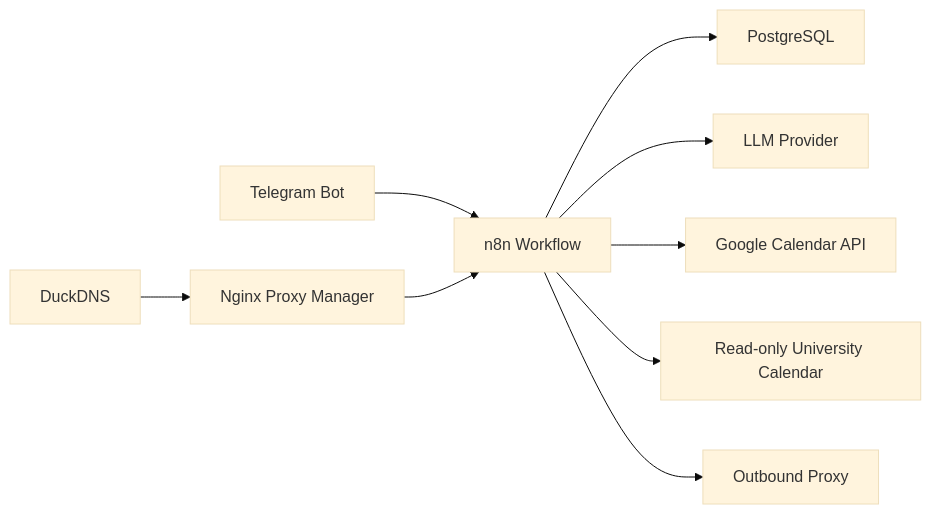
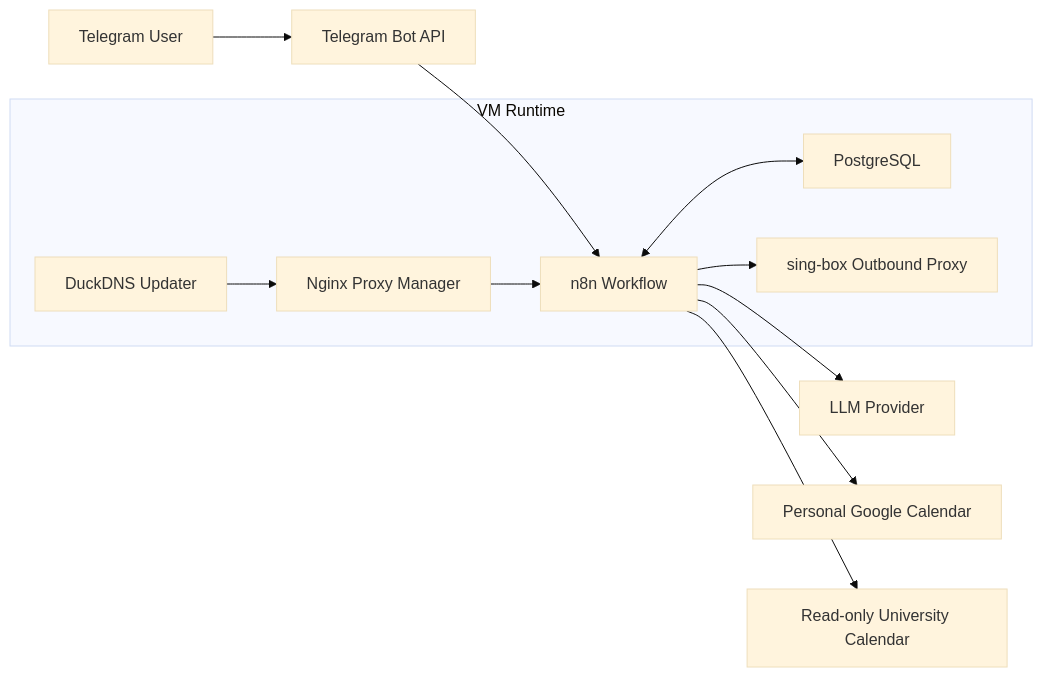
Before and after one commit to Isnob/AI_assistant: the first of 7 diagrams in README.md, drawn with Mermaid (base theme). The commit also changed other lines of this file and 1 other file, not shown here.

````diff
--- a/README.md
+++ b/README.md
@@ -28,11 +57,21 @@
 ```mermaid
 flowchart LR
-  TG["Telegram Bot"] --> N8N["n8n Workflow"]
-  N8N --> PG["PostgreSQL"]
+  U["Telegram User"] --> TG["Telegram Bot API"]
+  TG --> N8N["n8n Workflow"]
+
+  subgraph VM["VM Runtime"]
+    N8N
+    PG["PostgreSQL"]
+    NPM["Nginx Proxy Manager"]
+    DNS["DuckDNS Updater"]
+    PROXY["sing-box Outbound Proxy"]
+  end
+
+  N8N <--> PG
   N8N --> LLM["LLM Provider"]
-  N8N --> GCAL["Google Calendar API"]
+  N8N --> GCAL["Personal Google Calendar"]
   N8N --> UNI["Read-only University Calendar"]
-  N8N --> OUT["Outbound Proxy"]
-  WEB["Nginx Proxy Manager"] --> N8N
-  DNS["DuckDNS"] --> WEB
+  N8N --> PROXY
+  NPM --> N8N
+  DNS --> NPM
 ```
````
